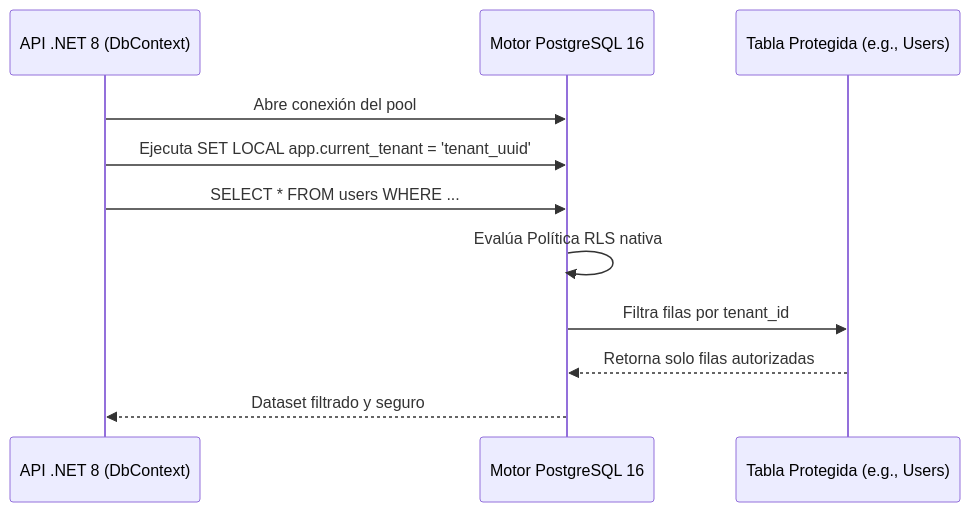
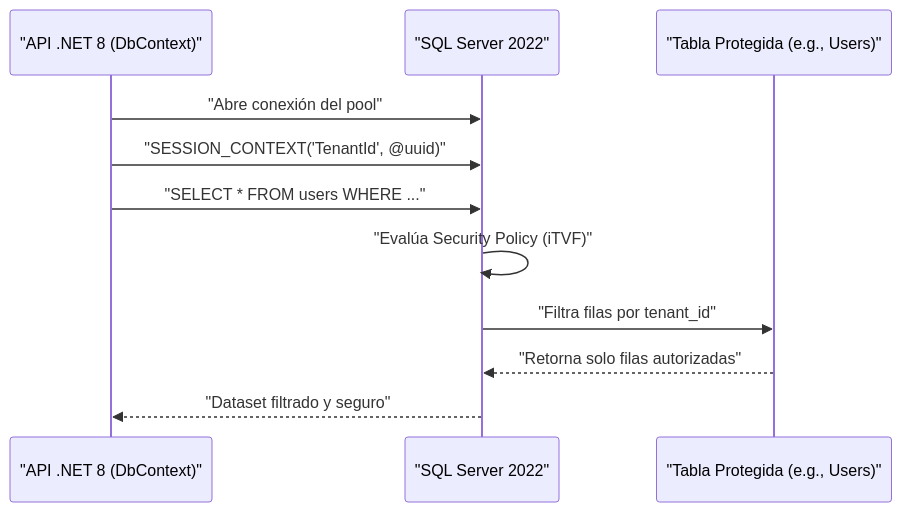
Before and after one commit to beyondnetcode/ums: the fourth of 7 diagrams in architecture/blueprints-es/architecture-spec.md, drawn with Mermaid. The commit also changed other lines of this file and 8 other files, not shown here.

````diff
--- a/architecture/blueprints-es/architecture-spec.md
+++ b/architecture/blueprints-es/architecture-spec.md
@@ -263,14 +264,14 @@
 ```mermaid
 sequenceDiagram
-    participant App as API .NET 8 (DbContext)
-    participant PG as Motor PostgreSQL 16
-    participant Table as Tabla Protegida (e.g., Users)
+    participant App as "API .NET 8 (DbContext)"
+    participant SQL as "SQL Server 2022"
+    participant Table as "Tabla Protegida (e.g., Users)"
 
-    App->>PG: Abre conexión del pool
-    App->>PG: Ejecuta SET LOCAL app.current_tenant = 'tenant_uuid'
-    App->>PG: SELECT * FROM users WHERE ...
-    PG->>PG: Evalúa Política RLS nativa
-    PG->>Table: Filtra filas por tenant_id
-    Table-->>PG: Retorna solo filas autorizadas
-    PG-->>App: Dataset filtrado y seguro
+    App->>SQL: "Abre conexión del pool"
+    App->>SQL: "SESSION_CONTEXT('TenantId', @uuid)"
+    App->>SQL: "SELECT * FROM users WHERE ..."
+    SQL->>SQL: "Evalúa Security Policy (iTVF)"
+    SQL->>Table: "Filtra filas por tenant_id"
+    Table-->>SQL: "Retorna solo filas autorizadas"
+    SQL-->>App: "Dataset filtrado y seguro"
 ```
````
